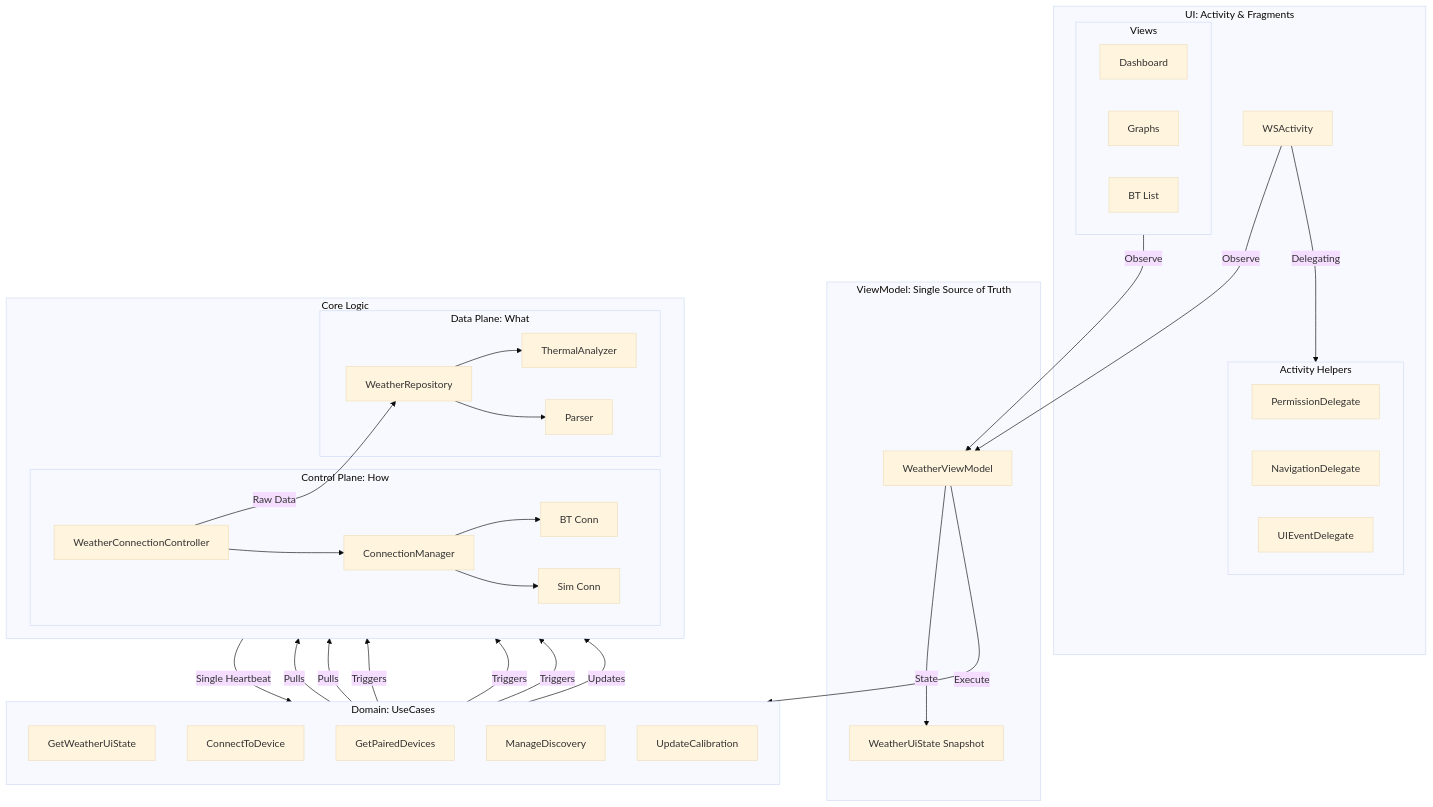
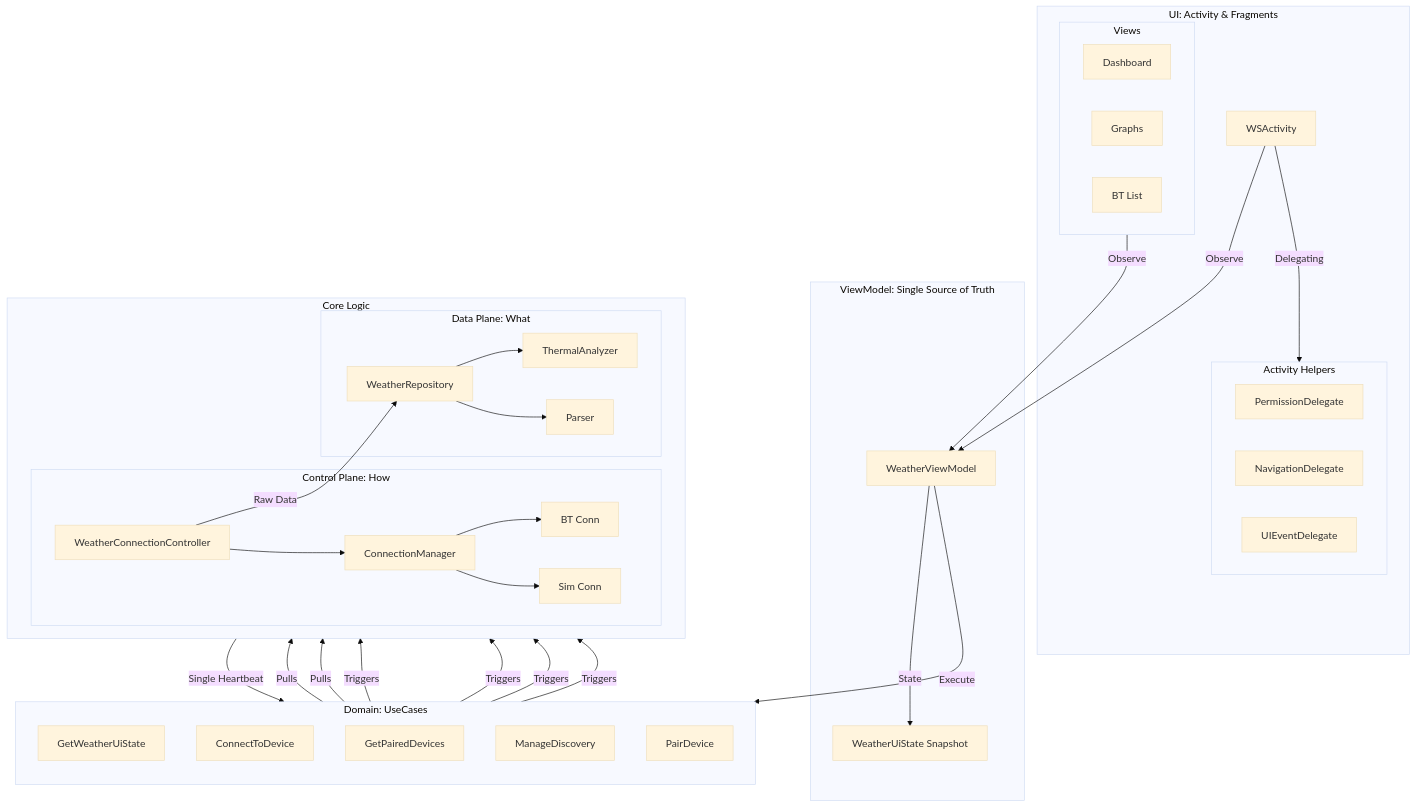
Before and after one commit to Kresshy/Weather-Station: the diagram in ARCHITECTURE.md, drawn with Mermaid (base theme). The commit also changed other lines of this file and 2 other files, not shown here.

Commit message:
Final documentation update: Architecture, Testing, and Quality milestones

````diff
--- a/ARCHITECTURE.md
+++ b/ARCHITECTURE.md
@@ -19,73 +19,72 @@
 ```mermaid
 graph TD
     %% 1. UI LAYER (Top)
     subgraph UI_Layer [UI: Activity & Fragments]
         WSA[WSActivity]
         
         subgraph Activity_Delegates [Activity Helpers]
             PD[PermissionDelegate]
             ND[NavigationDelegate]
             UED[UIEventDelegate]
         end
         
         subgraph Fragments [Views]
             DF[Dashboard]
             GVF[Graphs]
             BDLF[BT List]
         end
     end
 
     %% 2. VIEWMODEL LAYER
     subgraph VM_Layer [ViewModel: Single Source of Truth]
         WVM[WeatherViewModel]
         WUS[WeatherUiState Snapshot]
     end
 
     %% 3. DOMAIN LAYER (Business Logic)
     subgraph Domain_Layer [Domain: UseCases]
         direction TB
         GWUS[GetWeatherUiState]
         CTD[ConnectToDevice]
         GPD[GetPairedDevices]
         MD[ManageDiscovery]
-        UC[UpdateCalibration]
+        PDU[PairDevice]
     end
 
     %% 4. PLANES (Implementation)
     subgraph Planes [Core Logic]
         direction LR
         
         subgraph Control_Plane [Control Plane: How]
             WCC[WeatherConnectionController]
             CM[ConnectionManager]
             BC[BT Conn]
             SC[Sim Conn]
         end
 
         subgraph Data_Plane [Data Plane: What]
             WRI[WeatherRepository]
             TA[ThermalAnalyzer]
             WMP[Parser]
         end
     end
 
     %% FLOW CONNECTIONS
     WSA -- Delegating --> Activity_Delegates
     Fragments & WSA -- Observe --> WVM
     WVM -- State --> WUS
     WVM -- Execute --> Domain_Layer
 
     %% UseCase to Plane Mapping
     GWUS -- Pulls --> WRI & WCC
-    CTD & GPD & MD -- Triggers --> WCC
-    UC -- Updates --> WRI
+    CTD & GPD & MD & PDU -- Triggers --> WCC
 
     %% Internal Plane Flow
     WCC -- "Raw Data" --> WRI
     WRI -- "Single Heartbeat" --> GWUS
     
     %% Hardware linkage
     WCC --> CM
     CM --> BC & SC
     WRI --> TA & WMP
 ```
````
